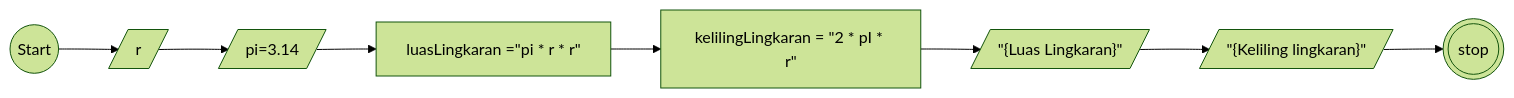
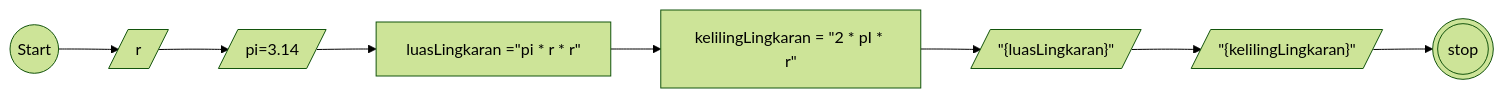
Before and after one commit to MuhammadWahyuPratama/Koda-b8-javascript1: the diagram in README.MD, drawn with Mermaid (forest theme).

````diff
--- a/README.MD
+++ b/README.MD
@@ -7,16 +7,16 @@
 ```mermaid
 flowchart LR
 a@{shape: circle, label: "Start"}
 b@{shape: lean-r, label: "r" }
 c@{shape: lean-r, label: "pi=3.14"}
 d@{shape: rect, label: luasLingkaran ="pi * r * r"}
 e@{shape: rect, label: kelilingLingkaran = "2 * pI * r"}
-f@{shape: lean-r, label: '"{Luas Lingkaran}"'}
-g@{shape: lean-r, label: '"{Keliling lingkaran}"'}
+f@{shape: lean-r, label: '"{luasLingkaran}"'}
+g@{shape: lean-r, label: '"{kelilingLingkaran}"'}
 h@{shape: dbl-circ, label: "stop"}
 
 a-->b-->c-->d-->e-->f-->g-->h
 
 
 
 ```
````
